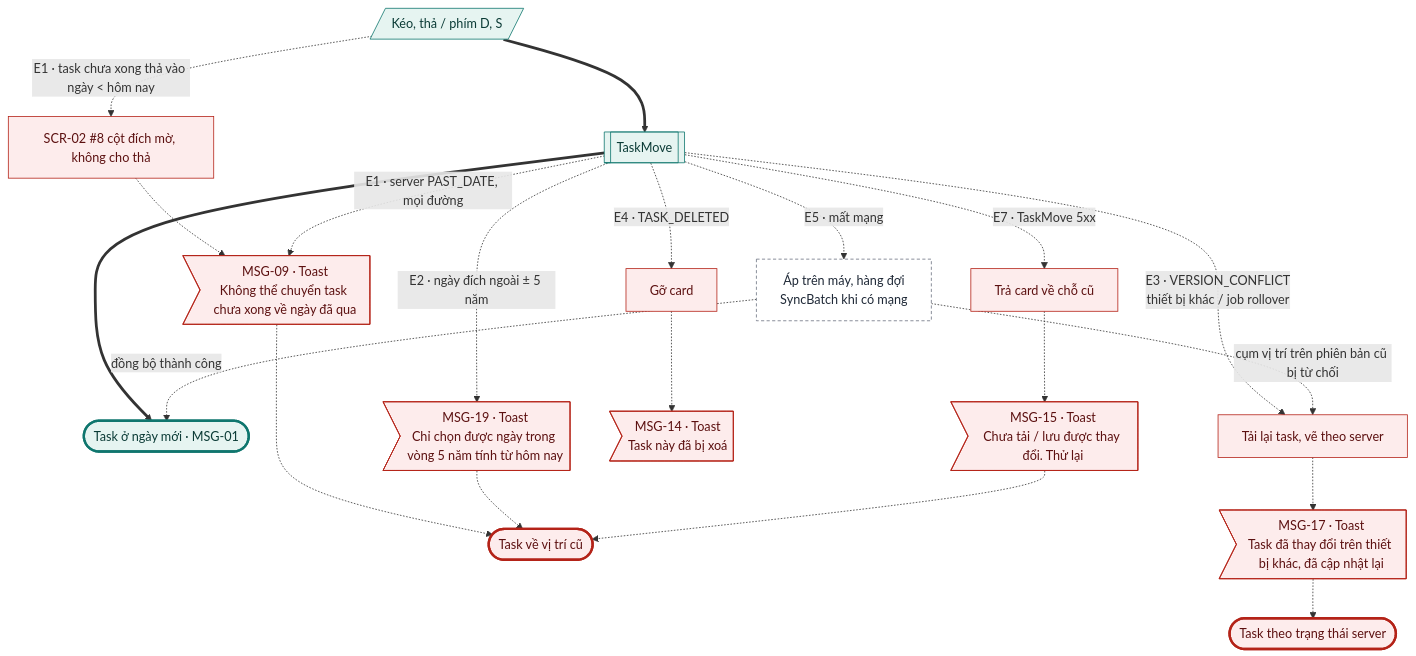
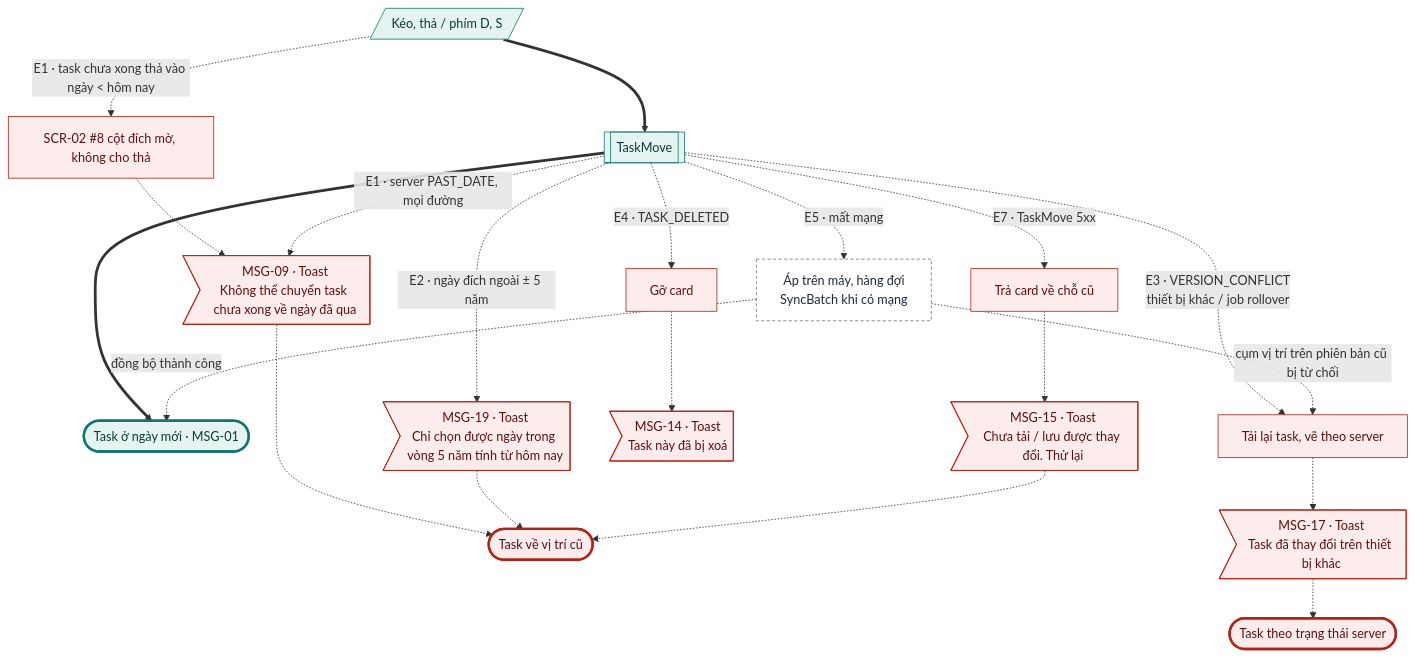
One commit to tannguyenho/personal-app changed the ninth of 20 diagrams in docs/design-brief/flow/g04-board-ngay.md. Above: the diagram before and after it, drawn with Mermaid. The commit also changed other lines of this file and 7 other files, not shown here.

First line of the commit message:
docs: sửa flow và SRS theo nguồn đã quyết (QC-08, tech, G08 A6, G10 nút Dừng)

````diff
--- a/docs/design-brief/flow/g04-board-ngay.md
+++ b/docs/design-brief/flow/g04-board-ngay.md
@@ -371,40 +371,40 @@
 ```mermaid
 flowchart TD
   u1[/"Kéo, thả / phím D, S"/]
   p1[["TaskMove"]]
   ok(["Task ở ngày mới · MSG-01"])
   u1 ==> p1 ==> ok
 
   u1 -.->|"E1 · task chưa xong thả vào ngày < hôm nay"| e1["SCR-02 #8 cột đích mờ, không cho thả"]
   e1 -.-> e1m>"MSG-09 · Toast<br/>Không thể chuyển task chưa xong về ngày đã qua"]
   p1 -.->|"E1 · server PAST_DATE, mọi đường"| e1m
   e1m -.-> fail(["Task về vị trí cũ"])
   p1 -.->|"E2 · ngày đích ngoài ± 5 năm"| e2m>"MSG-19 · Toast<br/>Chỉ chọn được ngày trong vòng 5 năm tính từ hôm nay"]
   e2m -.-> fail
   p1 -.->|"E3 · VERSION_CONFLICT<br/>thiết bị khác / job rollover"| e3["Tải lại task, vẽ theo server"]
-  e3 -.-> e3m>"MSG-17 · Toast<br/>Task đã thay đổi trên thiết bị khác, đã cập nhật lại"]
+  e3 -.-> e3m>"MSG-17 · Toast<br/>Task đã thay đổi trên thiết bị khác"]
   e3m -.-> e3e(["Task theo trạng thái server"])
   p1 -.->|"E4 · TASK_DELETED"| e4["Gỡ card"]
   e4 -.-> e4m>"MSG-14 · Toast<br/>Task này đã bị xoá"]
   p1 -.->|"E5 · mất mạng"| e5["Áp trên máy, hàng đợi<br/>SyncBatch khi có mạng"]
   e5 -.->|"đồng bộ thành công"| ok
   e5 -.->|"cụm vị trí trên phiên bản cũ bị từ chối"| e3
   p1 -.->|"E7 · TaskMove 5xx"| e7["Trả card về chỗ cũ"]
   e7 -.-> e7m>"MSG-15 · Toast<br/>Chưa tải / lưu được thay đổi. Thử lại"]
   e7m -.-> fail
 
   class u1,p1 happy
   class e1,e1m,e2m,e3,e3m,e4,e4m,e7,e7m err
   class e5 sync
   class ok done
   class fail,e3e fail
   classDef happy fill:#E6F4F1,stroke:#0F766E,color:#0B3B36
   classDef alt fill:#F1F3F5,stroke:#6B7280,color:#1F2937
   classDef err fill:#FDECEC,stroke:#B42318,color:#5C1010
   classDef warn fill:#FEF4E2,stroke:#B45309,color:#4A2604
   classDef ai fill:#F1ECFD,stroke:#6D28D9,color:#2E1065
   classDef sync fill:#FFFFFF,stroke:#6B7280,stroke-dasharray:4 3,color:#1F2937
   classDef link fill:#FFFFFF,stroke:#0F766E,stroke-dasharray:4 3,color:#0B3B36
   classDef done fill:#E6F4F1,stroke:#0F766E,stroke-width:3px,color:#0B3B36
   classDef fail fill:#FDECEC,stroke:#B42318,stroke-width:3px,color:#5C1010
 ```
````
